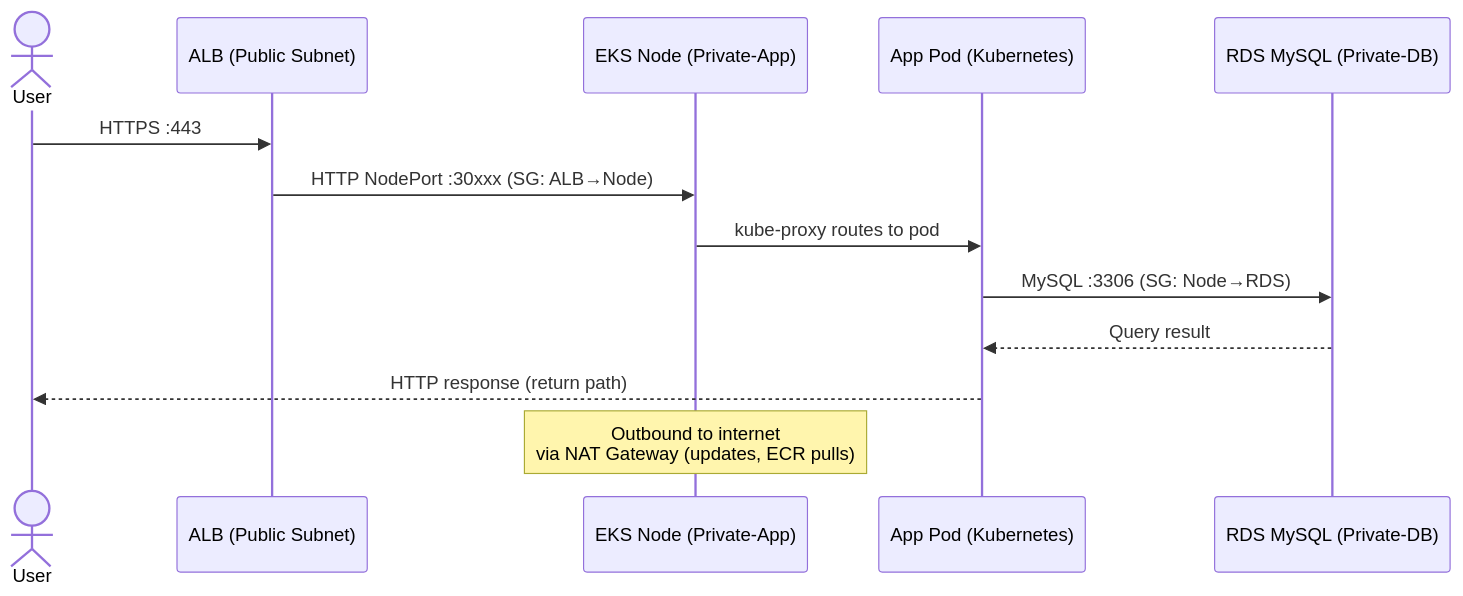
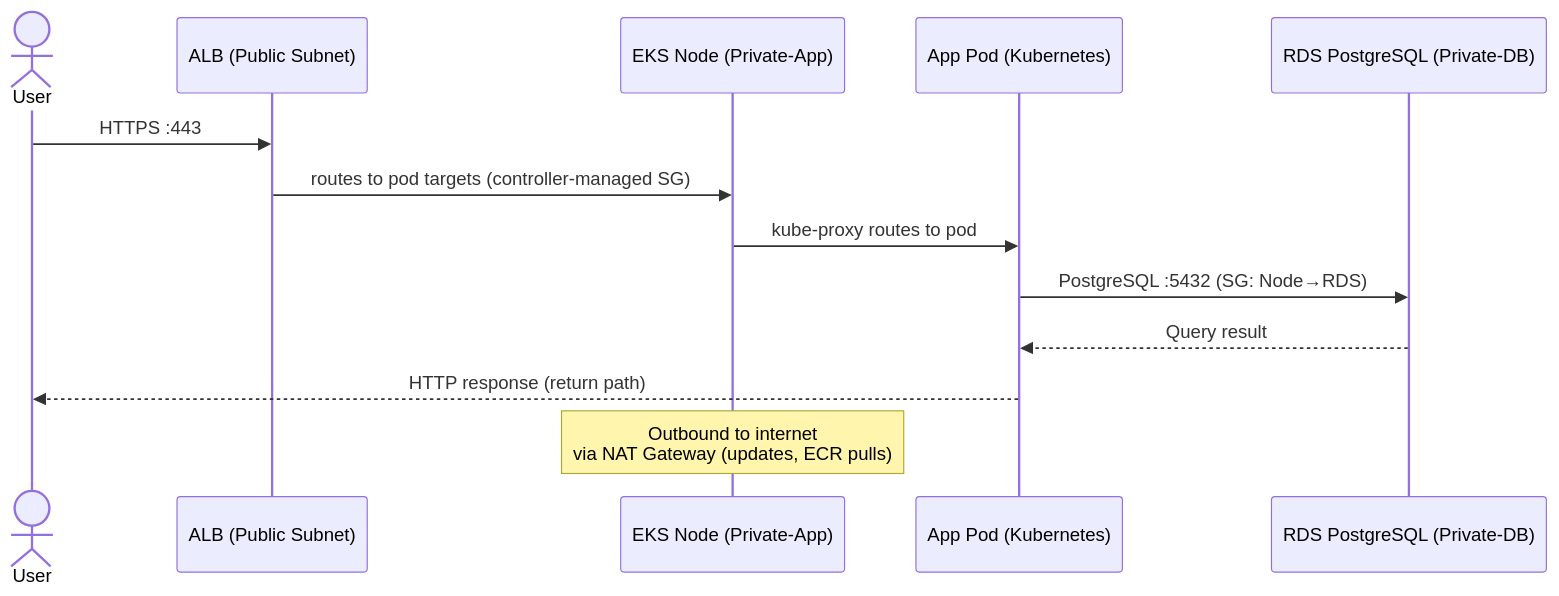
The fourth of 7 diagrams in terraform/README.md (Github-Arun-Repo/terraform-labs), drawn with Mermaid before and after one commit. The commit also changed other lines of this file and 87 other files, not shown here.

````diff
--- a/terraform/README.md
+++ b/terraform/README.md
@@ -140,18 +140,18 @@
 ```mermaid
 %%{init: {'theme':'default','flowchart':{'useMaxWidth':true,'htmlLabels':true}}}%%
 sequenceDiagram
 	actor User
 	participant ALB as ALB (Public Subnet)
 	participant Node as EKS Node (Private-App)
 	participant Pod as App Pod (Kubernetes)
-	participant RDS as RDS MySQL (Private-DB)
+	participant RDS as RDS PostgreSQL (Private-DB)
 
 	User->>ALB: HTTPS :443
-	ALB->>Node: HTTP NodePort :30xxx (SG: ALB→Node)
+	ALB->>Node: routes to pod targets (controller-managed SG)
 	Node->>Pod: kube-proxy routes to pod
-	Pod->>RDS: MySQL :3306 (SG: Node→RDS)
+	Pod->>RDS: PostgreSQL :5432 (SG: Node→RDS)
 	RDS-->>Pod: Query result
 	Pod-->>User: HTTP response (return path)
 
 	Note over Node: Outbound to internet<br/>via NAT Gateway (updates, ECR pulls)
 ```
````
